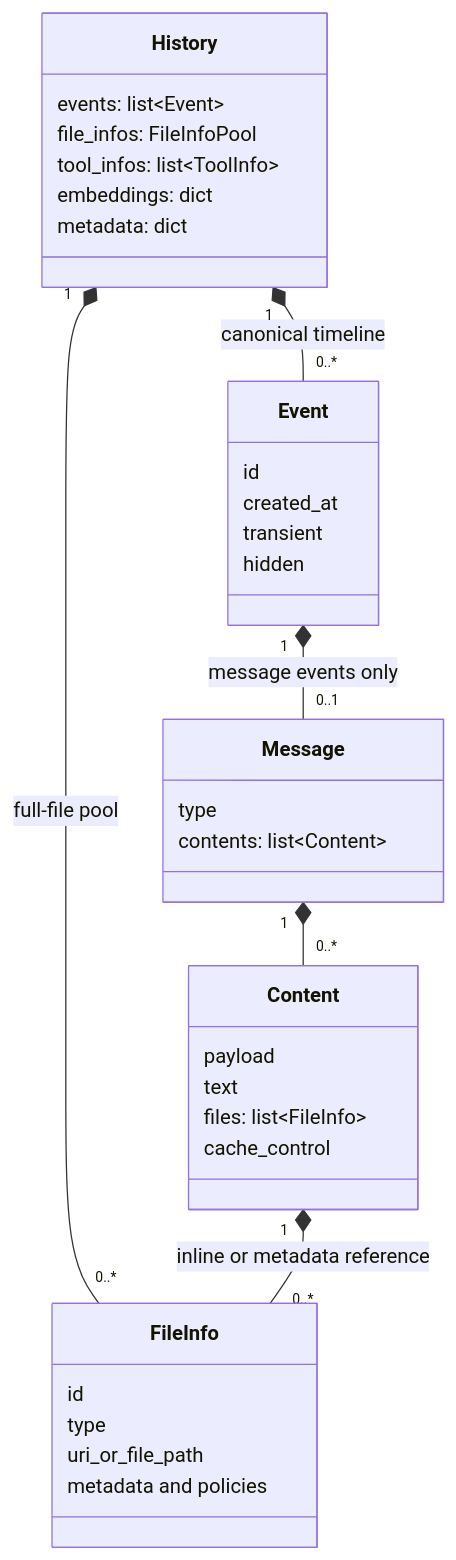
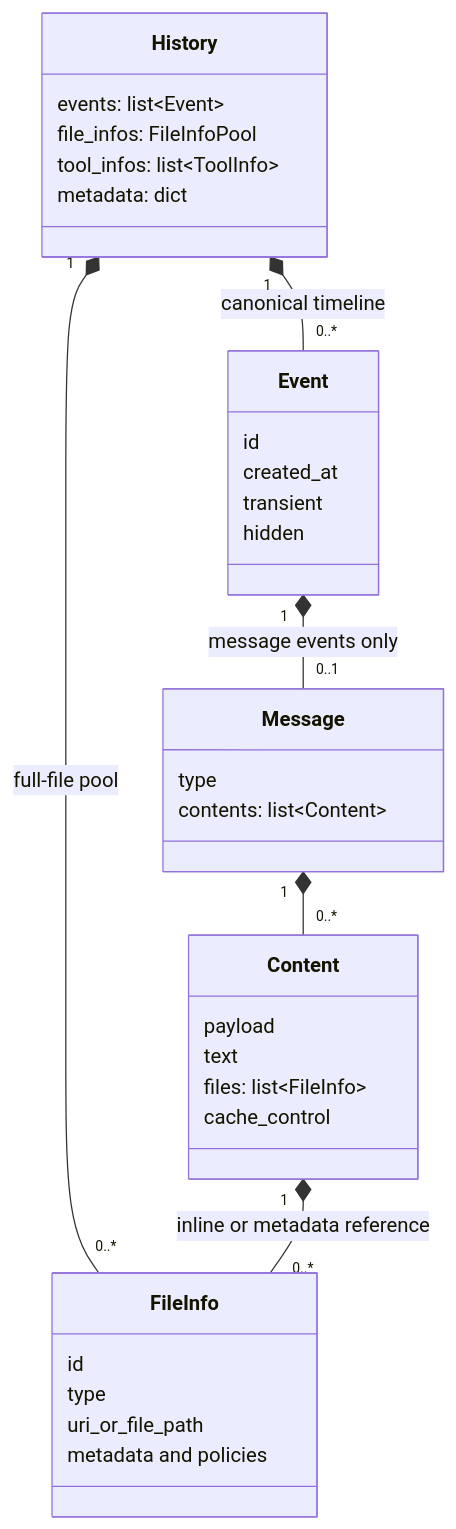
Before and after one commit to kiarina/kiari: the first of 3 diagrams in docs/concepts/kiarina-python/data-model-and-history.md, drawn with Mermaid. The commit also changed other lines of this file, not shown here.

Commit message:
docs: remove History embeddings ownership

````diff
--- a/docs/concepts/kiarina-python/data-model-and-history.md
+++ b/docs/concepts/kiarina-python/data-model-and-history.md
@@ -12,38 +12,37 @@
 ```mermaid
 classDiagram
     class History {
         events: list~Event~
         file_infos: FileInfoPool
         tool_infos: list~ToolInfo~
-        embeddings: dict
         metadata: dict
     }
     class Event {
         id
         created_at
         transient
         hidden
     }
     class Message {
         type
         contents: list~Content~
     }
     class Content {
         payload
         text
         files: list~FileInfo~
         cache_control
     }
     class FileInfo {
         id
         type
         uri_or_file_path
         metadata and policies
     }
 
     History "1" *-- "0..*" Event : canonical timeline
     History "1" *-- "0..*" FileInfo : full-file pool
     Event "1" *-- "0..1" Message : message events only
     Message "1" *-- "0..*" Content
     Content "1" *-- "0..*" FileInfo : inline or metadata reference
 ```
````
